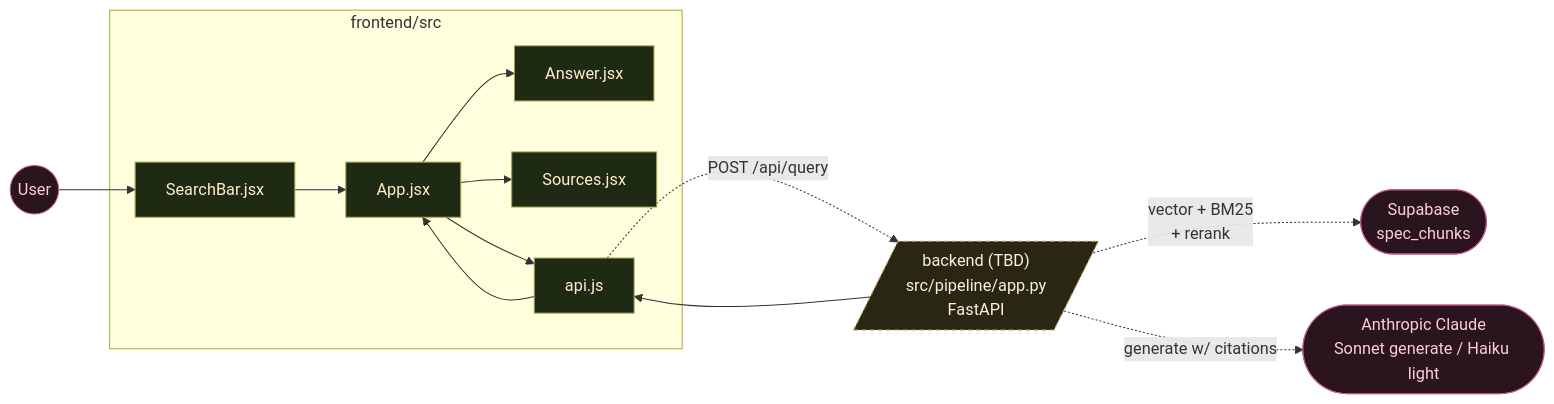
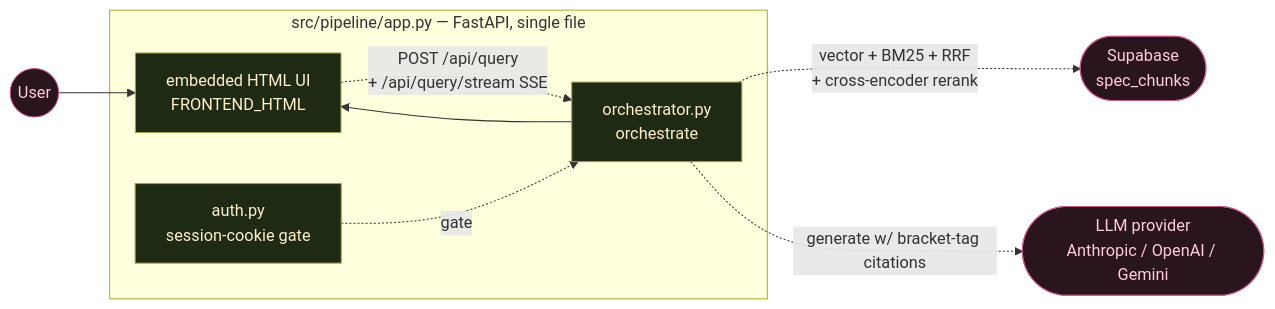
The fourth of 4 diagrams in docs/ARCHITECTURE.md (SSchmitt2024/specGPT), drawn with Mermaid before and after one commit. The commit also changed other lines of this file and 5 other files, not shown here.

````diff
--- a/docs/ARCHITECTURE.md
+++ b/docs/ARCHITECTURE.md
@@ -159,35 +159,26 @@
 ```mermaid
 flowchart LR
     U((User))
 
-    subgraph Frontend [frontend/src]
-        SB[SearchBar.jsx]
-        AP[App.jsx]
-        AN[Answer.jsx]
-        SR[Sources.jsx]
-        AC[api.js]
+    subgraph App [src/pipeline/app.py — FastAPI, single file]
+        FE[embedded HTML UI<br/>FRONTEND_HTML]
+        AU[auth.py<br/>session-cookie gate]
+        OR[orchestrator.py<br/>orchestrate]
     end
 
-    BE[/"backend (TBD)<br/>src/pipeline/app.py<br/>FastAPI"/]
     DB([Supabase<br/>spec_chunks])
-    LL([Anthropic Claude<br/>Sonnet generate / Haiku light])
+    LL([LLM provider<br/>Anthropic / OpenAI / Gemini])
 
-    U  --> SB
-    SB --> AP
-    AP --> AC
-    AC -. POST /api/query .-> BE
-    BE -. vector + BM25<br/>+ rerank .-> DB
-    BE -. generate w/ citations .-> LL
-    BE --> AC
-    AC --> AP
-    AP --> AN
-    AP --> SR
+    U  --> FE
+    FE -. POST /api/query<br/>+ /api/query/stream SSE .-> OR
+    AU -. gate .-> OR
+    OR -. vector + BM25 + RRF<br/>+ cross-encoder rerank .-> DB
+    OR -. generate w/ bracket-tag citations .-> LL
+    OR --> FE
 
     classDef ui fill:#1e2a14,stroke:#a0a050,color:#fec,stroke-width:1px;
     classDef ext fill:#2a141e,stroke:#c75b8c,color:#fcd,stroke-width:1px;
-    classDef tbd fill:#2a2614,stroke:#c79b5b,color:#fed,stroke-width:1px,stroke-dasharray: 5 3;
-    class SB,AP,AN,SR,AC ui;
+    class FE,AU,OR ui;
     class DB,LL ext;
-    class BE tbd;
     class U ext;
 ```
````
